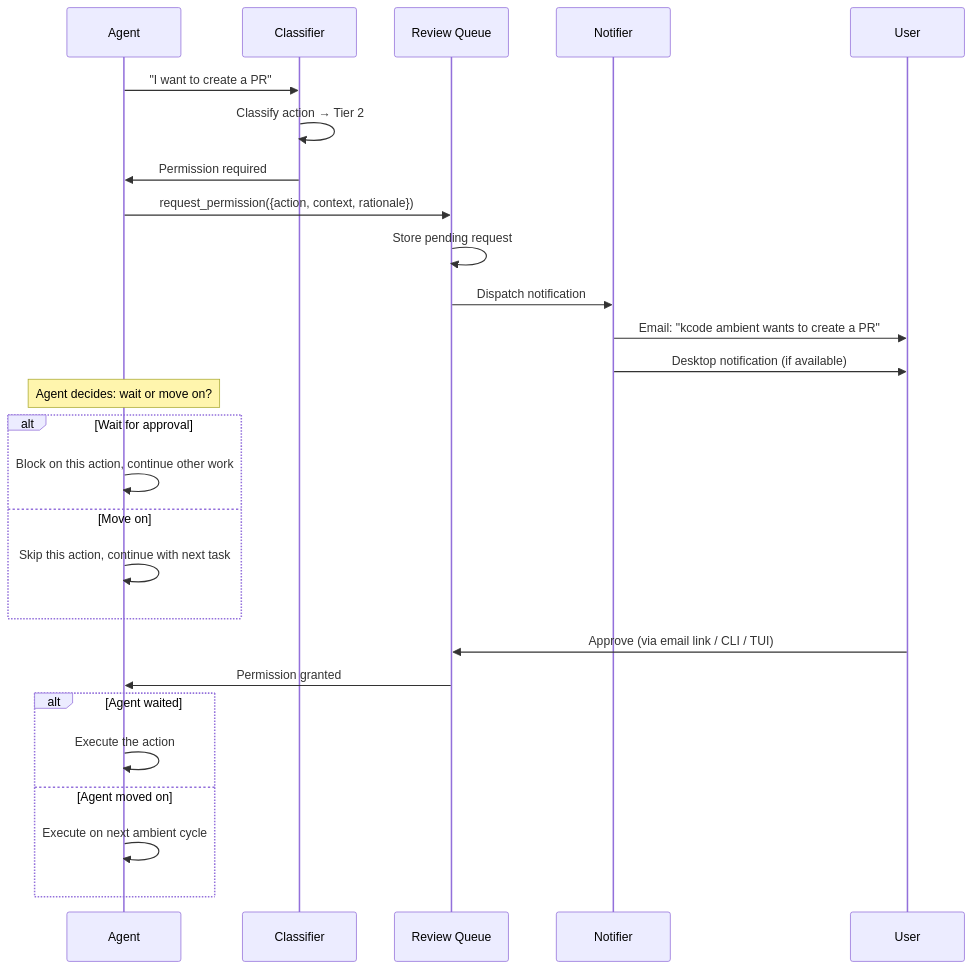
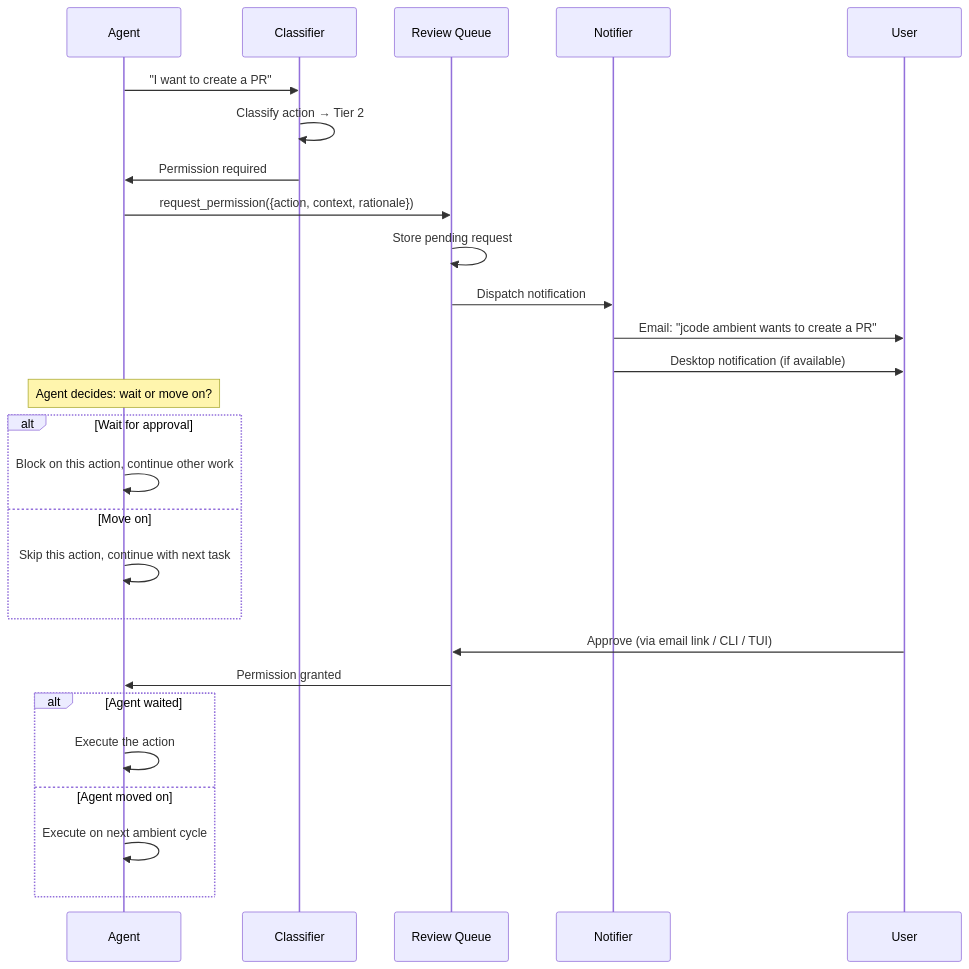
The second of 3 diagrams in docs/SAFETY_SYSTEM.md (KooshaPari/KCode), drawn with Mermaid before and after one commit. The commit also changed other lines of this file and 3017 other files, not shown here.

First line of the commit message:
Revert "refactor(decollision): rename jcode to kcode (#33)" (#36)

````diff
--- a/docs/SAFETY_SYSTEM.md
+++ b/docs/SAFETY_SYSTEM.md
@@ -153,35 +153,35 @@
 ```mermaid
 sequenceDiagram
     participant AG as Agent
     participant CL as Classifier
     participant RQ as Review Queue
     participant NF as Notifier
     participant US as User
 
     AG->>CL: "I want to create a PR"
     CL->>CL: Classify action → Tier 2
     CL->>AG: Permission required
 
     AG->>RQ: request_permission({action, context, rationale})
     RQ->>RQ: Store pending request
     RQ->>NF: Dispatch notification
 
-    NF->>US: Email: "kcode ambient wants to create a PR"
+    NF->>US: Email: "jcode ambient wants to create a PR"
     NF->>US: Desktop notification (if available)
 
     Note over AG: Agent decides: wait or move on?
     alt Wait for approval
         AG->>AG: Block on this action, continue other work
     else Move on
         AG->>AG: Skip this action, continue with next task
     end
 
     US->>RQ: Approve (via email link / CLI / TUI)
     RQ->>AG: Permission granted
 
     alt Agent waited
         AG->>AG: Execute the action
     else Agent moved on
         AG->>AG: Execute on next ambient cycle
     end
 ```
````
